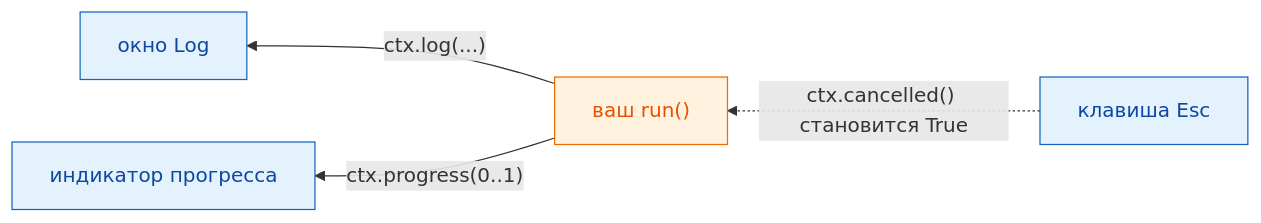
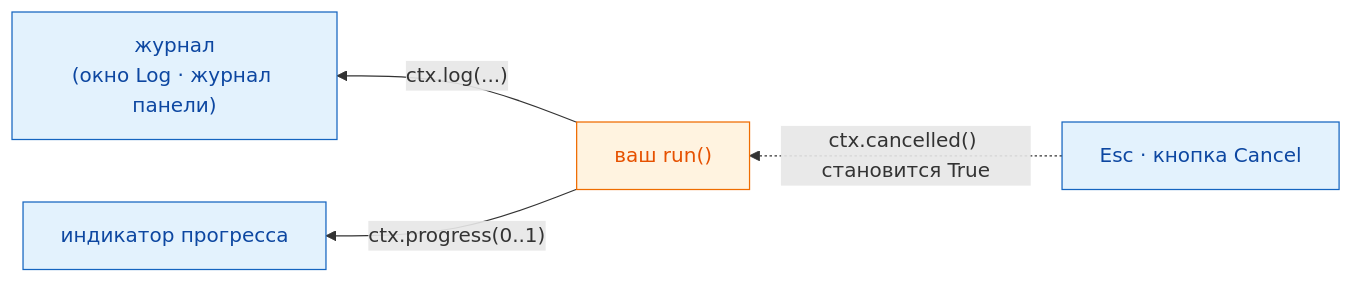
Before and after one commit to Oxford-Zeiss-Centre-of-Excellence/Wavu: the diagram in guide/write/logs-progress-cancel.ru.md, drawn with Mermaid. The commit also changed other lines of this file and 70 other files, not shown here.

````diff
--- a/guide/write/logs-progress-cancel.ru.md
+++ b/guide/write/logs-progress-cancel.ru.md
@@ -15,13 +25,13 @@
 ```mermaid
 flowchart RL
     S["ваш run()"]:::script
-    L["окно Log"]:::fiji
+    L["журнал<br/>(окно Log · журнал панели)"]:::fiji
     P["индикатор прогресса"]:::fiji
-    E["клавиша Esc"]:::fiji
+    E["Esc · кнопка Cancel"]:::fiji
     S -- "ctx.log(...)" --> L
     S -- "ctx.progress(0..1)" --> P
     E -. "ctx.cancelled() становится True" .-> S
 
     classDef fiji   fill:#e3f2fd,stroke:#1565c0,color:#0d47a1
     classDef script fill:#fff3e0,stroke:#ef6c00,color:#e65100
 ```
````
